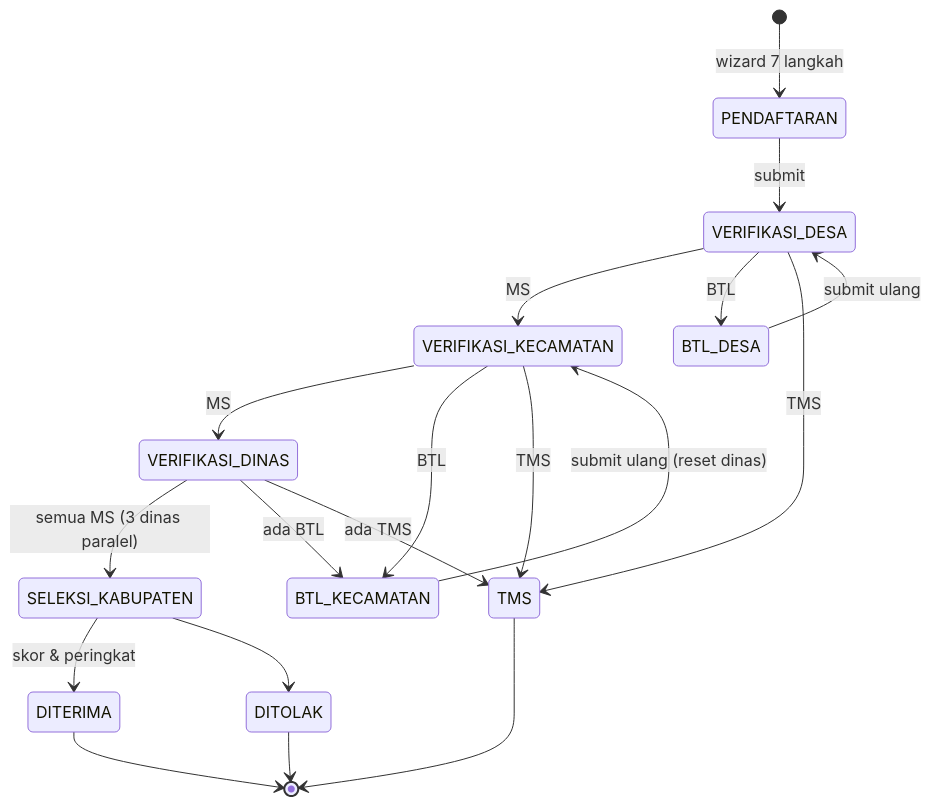
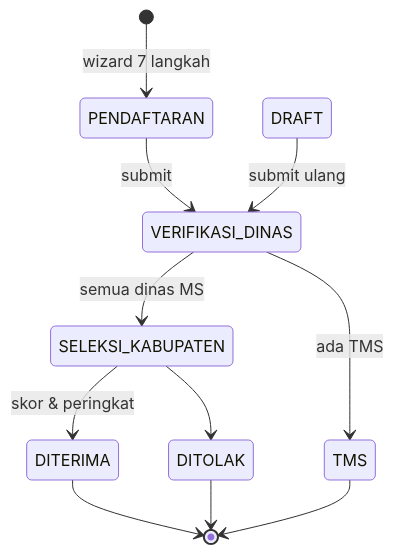
One commit to ArLynx/kartu-hebat changed the diagram in docs/WORKFLOW.md. Above: the diagram before and after it, drawn with Mermaid. The commit also changed other lines of this file and 39 other files, not shown here.

````diff
--- a/docs/WORKFLOW.md
+++ b/docs/WORKFLOW.md
@@ -7,27 +7,17 @@
 ```mermaid
 stateDiagram-v2
     [*] --> PENDAFTARAN : wizard 7 langkah
-    PENDAFTARAN --> VERIFIKASI_DESA : submit
+    PENDAFTARAN --> VERIFIKASI_DINAS : submit
 
-    VERIFIKASI_DESA --> VERIFIKASI_KECAMATAN : MS
-    VERIFIKASI_DESA --> BTL_DESA : BTL
-    VERIFIKASI_DESA --> TMS : TMS
-
-    VERIFIKASI_KECAMATAN --> VERIFIKASI_DINAS : MS
-    VERIFIKASI_KECAMATAN --> BTL_KECAMATAN : BTL
-    VERIFIKASI_KECAMATAN --> TMS : TMS
-
-    VERIFIKASI_DINAS --> SELEKSI_KABUPATEN : semua MS (3 dinas paralel)
-    VERIFIKASI_DINAS --> BTL_KECAMATAN : ada BTL
+    VERIFIKASI_DINAS --> SELEKSI_KABUPATEN : semua dinas MS
     VERIFIKASI_DINAS --> TMS : ada TMS
 
     SELEKSI_KABUPATEN --> DITERIMA : skor & peringkat
     SELEKSI_KABUPATEN --> DITOLAK
 
-    BTL_DESA --> VERIFIKASI_DESA : submit ulang
-    BTL_KECAMATAN --> VERIFIKASI_KECAMATAN : submit ulang (reset dinas)
+    DRAFT --> VERIFIKASI_DINAS : submit ulang
 
     DITERIMA --> [*]
     DITOLAK --> [*]
     TMS --> [*]
 ```
````
